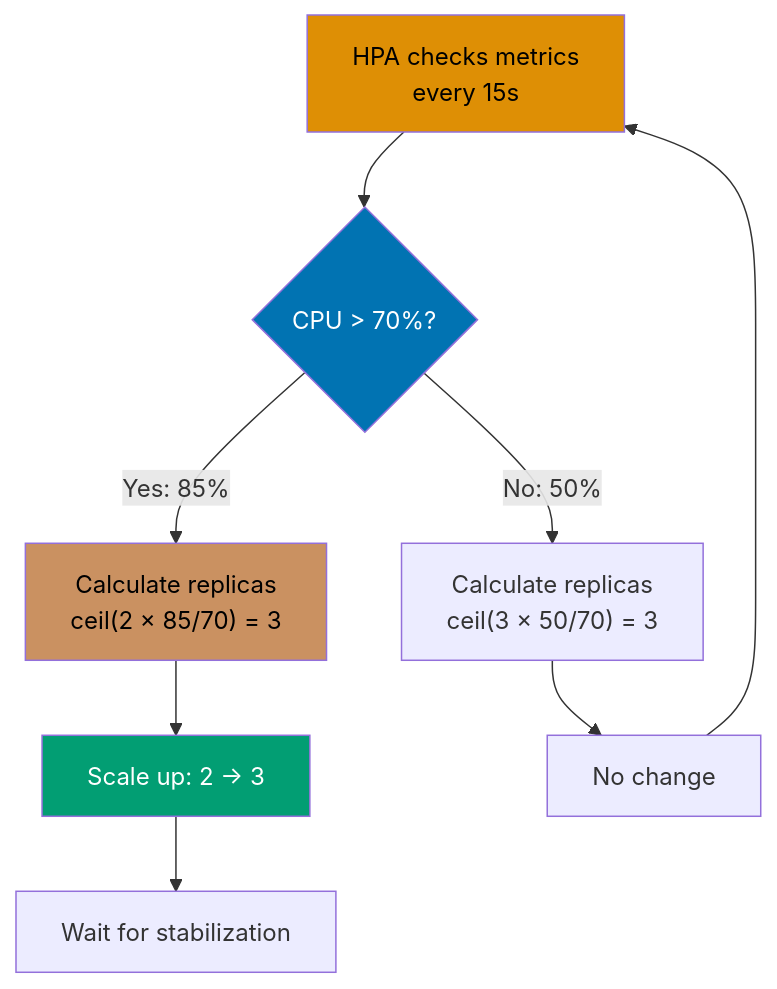
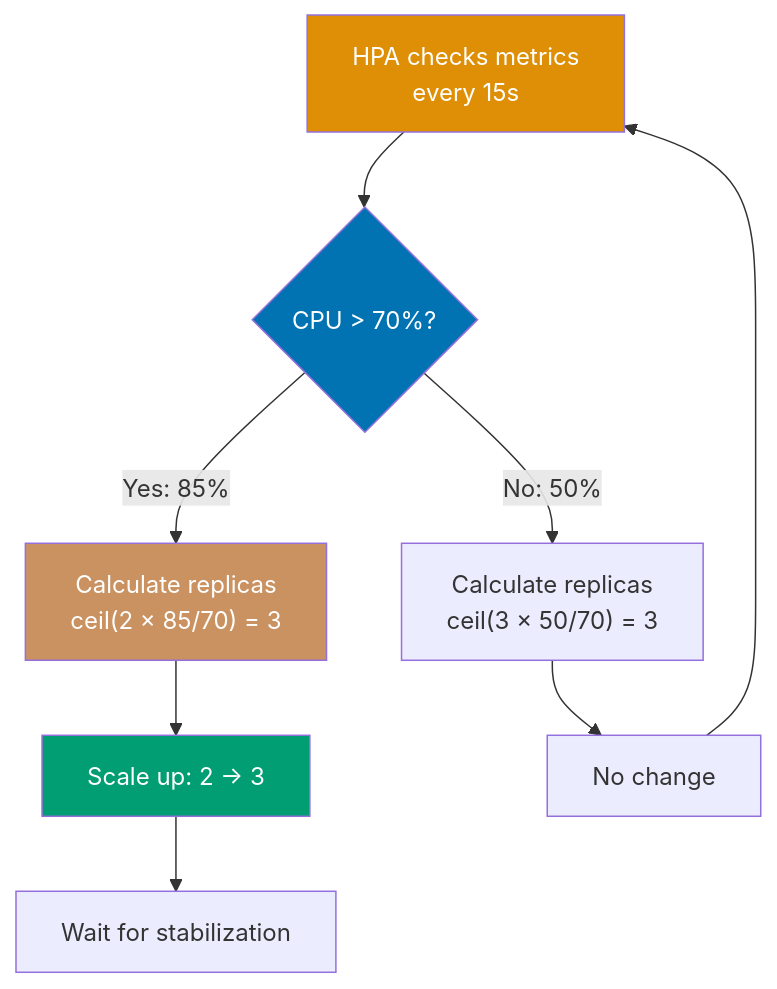
Before and after one commit to wahidyankf/open-sharia-enterprise: the tenth of 12 diagrams in apps/ayokoding-web/content/en/learn/software-engineering/infrastructure/tools/kubernetes/by-example/intermediate.md, drawn with Mermaid. The commit also changed other lines of this file and 61 other files, not shown here.

First line of the commit message:
fix(ayokoding-web): quote Mermaid node labels with special characters in Example 63

````diff
--- a/apps/ayokoding-web/content/en/learn/software-engineering/infrastructure/tools/kubernetes/by-example/intermediate.md
+++ b/apps/ayokoding-web/content/en/learn/software-engineering/infrastructure/tools/kubernetes/by-example/intermediate.md
@@ -2112,16 +2112,16 @@
 ```mermaid
 %% HPA scaling decision
 graph TD
     A[HPA checks metrics<br/>every 15s] --> B{CPU > 70%?}
     B -->|Yes: 85%| C[Calculate replicas<br/>ceil#40;2 × 85/70#41; = 3]
     B -->|No: 50%| D[Calculate replicas<br/>ceil#40;3 × 50/70#41; = 3]
     C --> E[Scale up: 2 → 3]
     D --> F[No change]
     E --> G[Wait for stabilization]
     F --> A
 
-    style A fill:#DE8F05,color:#000
+    style A fill:#DE8F05,color:#fff
     style B fill:#0173B2,color:#fff
-    style C fill:#CA9161,color:#000
+    style C fill:#CA9161,color:#fff
     style E fill:#029E73,color:#fff
 ```
````
